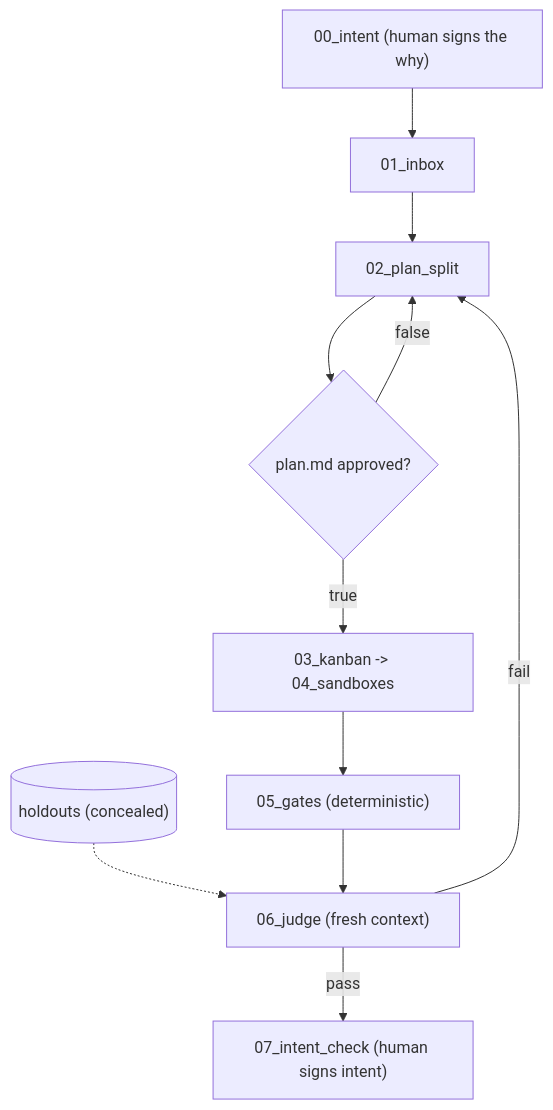
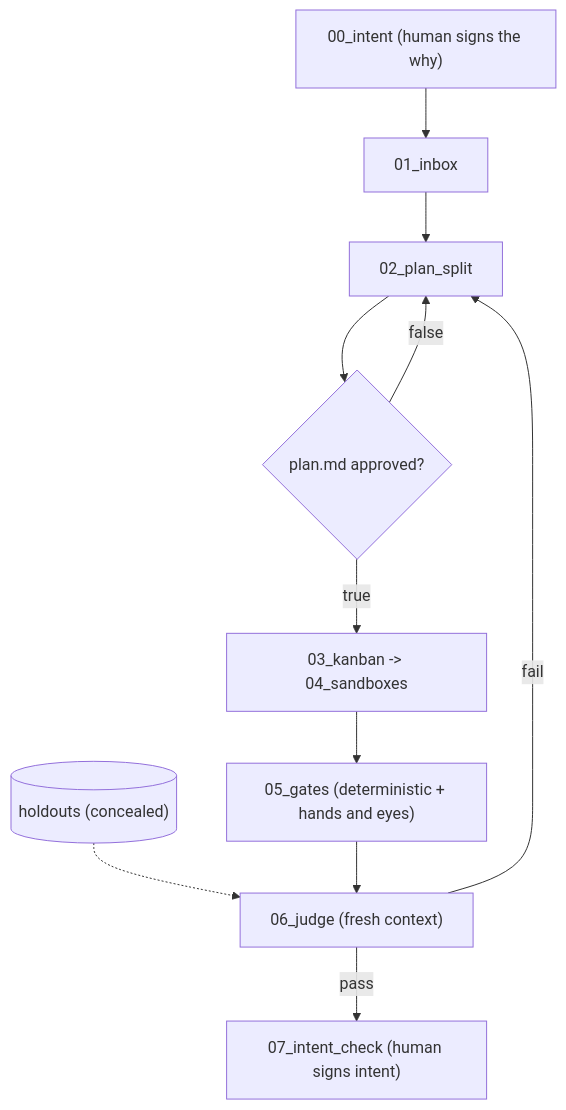
The diagram in icm-architect/assets/templates/agentic-factory/AGENTS.md (rodritimecoder/workstation-clis), drawn with Mermaid before and after one commit. The commit also changed other lines of this file and 3 other files, not shown here.

First line of the commit message:
chore(icm-architect): 4 files (+22/-9)

````diff
--- a/icm-architect/assets/templates/agentic-factory/AGENTS.md
+++ b/icm-architect/assets/templates/agentic-factory/AGENTS.md
@@ -6,13 +6,13 @@
 ```mermaid
 flowchart TD
     Intent["00_intent (human signs the why)"] --> Inbox["01_inbox"]
     Inbox --> Plan["02_plan_split"]
     Plan --> Approve{"plan.md approved?"}
     Approve -- "false" --> Plan
     Approve -- "true" --> Build["03_kanban -> 04_sandboxes"]
-    Build --> Gates["05_gates (deterministic)"]
+    Build --> Gates["05_gates (deterministic + hands and eyes)"]
     Holdouts[("holdouts (concealed)")] -.-> Judge
     Gates --> Judge["06_judge (fresh context)"]
     Judge -- "fail" --> Plan
     Judge -- "pass" --> Check["07_intent_check (human signs intent)"]
 ```
````
